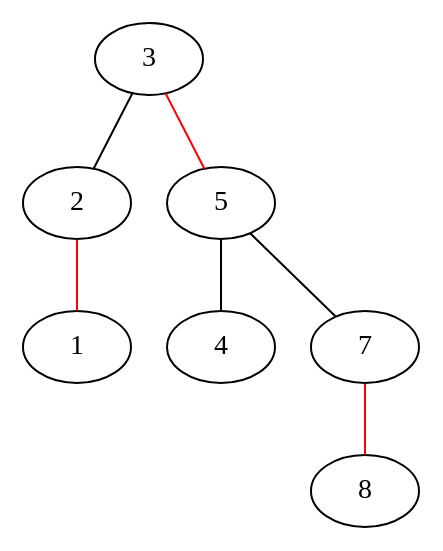
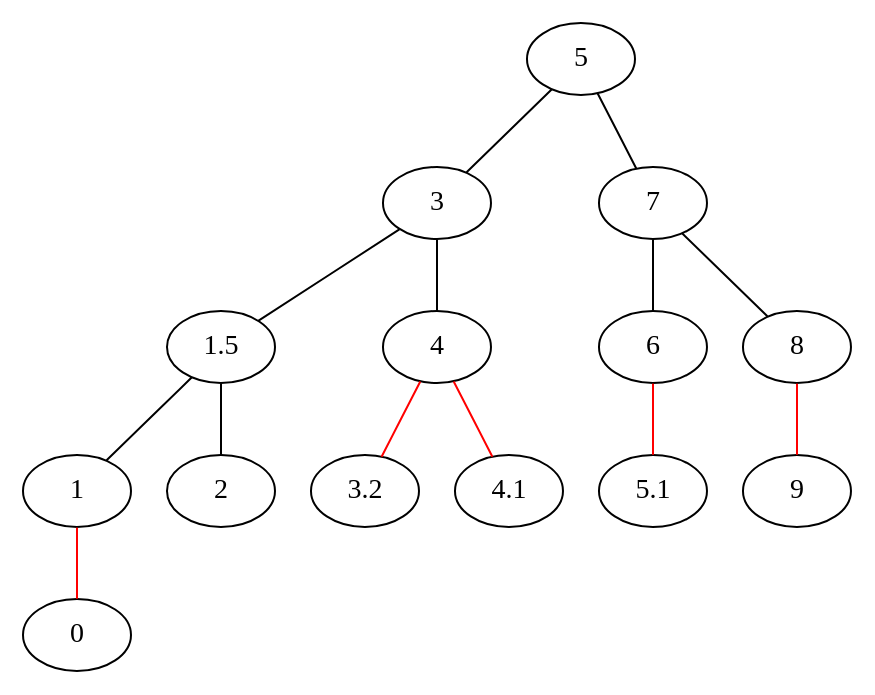
Before and after one commit to arnodeceuninck/GASTO: the diagram in Opdracht 7/Arno/graph.dot, drawn with Graphviz. The commit also changed 1 other file, not shown here.

```diff
--- a/Opdracht 7/Arno/graph.dot
+++ b/Opdracht 7/Arno/graph.dot
@@ -1,9 +1,16 @@
 graph {
-3 -- 2 [color ="black"] 
-2 -- 1 [color ="red"] 
-3 -- 5 [color ="red"] 
-5 -- 4 [color ="black"] 
+5 -- 3 [color ="black"] 
+3 -- 1.5 [color ="black"] 
+1.5 -- 1 [color ="black"] 
+1 -- 0 [color ="red"] 
+1.5 -- 2 [color ="black"] 
+3 -- 4 [color ="black"] 
+4 -- 3.2 [color ="red"] 
+4 -- 4.1 [color ="red"] 
 5 -- 7 [color ="black"] 
-7 -- 8 [color ="red"] 
+7 -- 6 [color ="black"] 
+6 -- 5.1 [color ="red"] 
+7 -- 8 [color ="black"] 
+8 -- 9 [color ="red"] 
 rankdir=TB
 }
```
